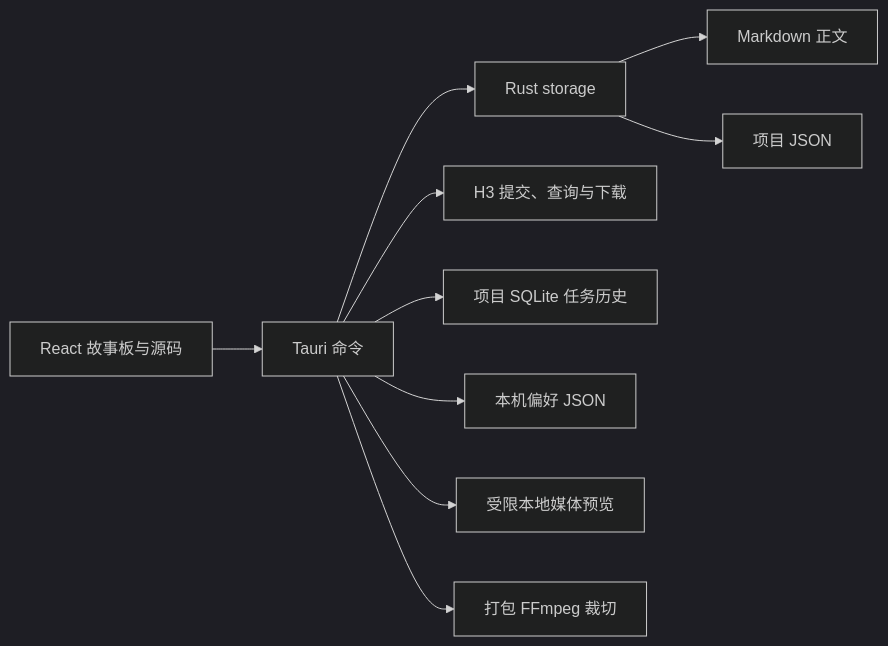
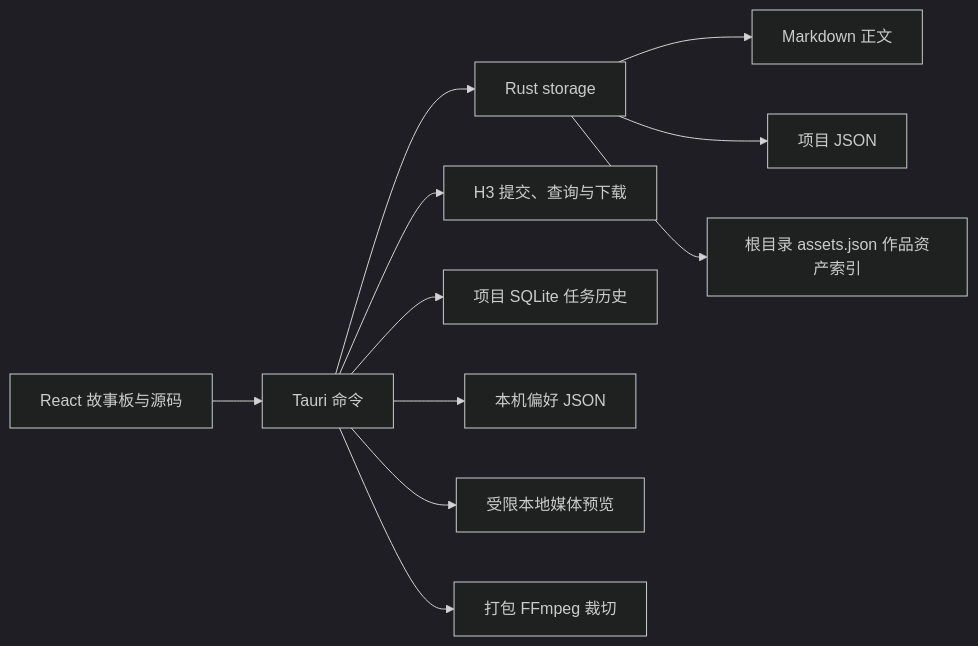
One commit to freesaber/drama-craft changed the diagram in doc/02-系统架构.md. Above: the diagram before and after it, drawn with Mermaid (dark theme). The commit also changed other lines of this file and 22 other files, not shown here.

````diff
--- a/doc/02-系统架构.md
+++ b/doc/02-系统架构.md
@@ -7,12 +7,13 @@
 ```mermaid
 flowchart LR
   UI[React 故事板与源码] --> IPC[Tauri 命令]
   IPC --> FS[Rust storage]
   FS --> MD[Markdown 正文]
   FS --> META[项目 JSON]
+  FS --> INDEX[根目录 assets.json 作品资产索引]
   IPC --> H3[H3 提交、查询与下载]
   IPC --> DB[项目 SQLite 任务历史]
   IPC --> PREF[本机偏好 JSON]
   IPC --> MEDIA[受限本地媒体预览]
   IPC --> FFMPEG[打包 FFmpeg 裁切]
 ```
````
